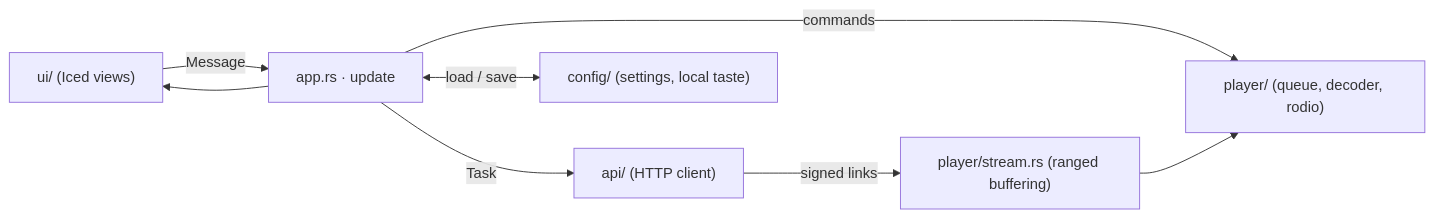
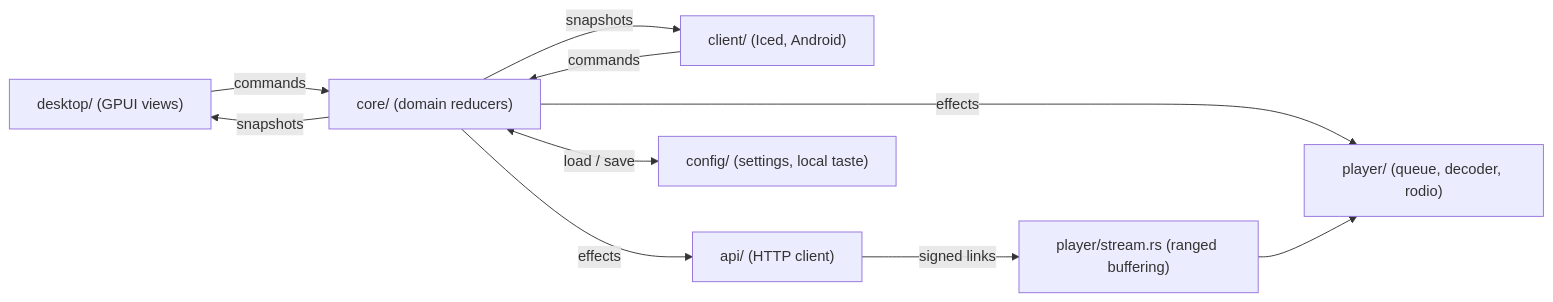
The diagram in README.md (psymariux/Psytify), drawn with Mermaid before and after one commit. The commit also changed other lines of this file and 442 other files, not shown here.

Commit message:
feat: GPUI desktop, pixel identity, animated icons and dependency updates (#34)

````diff
--- a/README.md
+++ b/README.md
@@ -153,10 +167,12 @@
 ```mermaid
 flowchart LR
-    UI["ui/ (Iced views)"] -- Message --> APP["app.rs · update"]
-    APP -- Task --> API["api/ (HTTP client)"]
-    APP -- commands --> PLAYER["player/ (queue, decoder, rodio)"]
+    GPUI["desktop/ (GPUI views)"] -- commands --> CORE["core/ (domain reducers)"]
+    ICED["client/ (Iced, Android)"] -- commands --> CORE
+    CORE -- snapshots --> GPUI
+    CORE -- snapshots --> ICED
+    CORE -- effects --> API["api/ (HTTP client)"]
+    CORE -- effects --> PLAYER["player/ (queue, decoder, rodio)"]
     API -- signed links --> STREAM["player/stream.rs (ranged buffering)"]
     STREAM --> PLAYER
-    APP <-- load / save --> CONFIG["config/ (settings, local taste)"]
-    APP --> UI
+    CORE <-- load / save --> CONFIG["config/ (settings, local taste)"]
 ```
````
